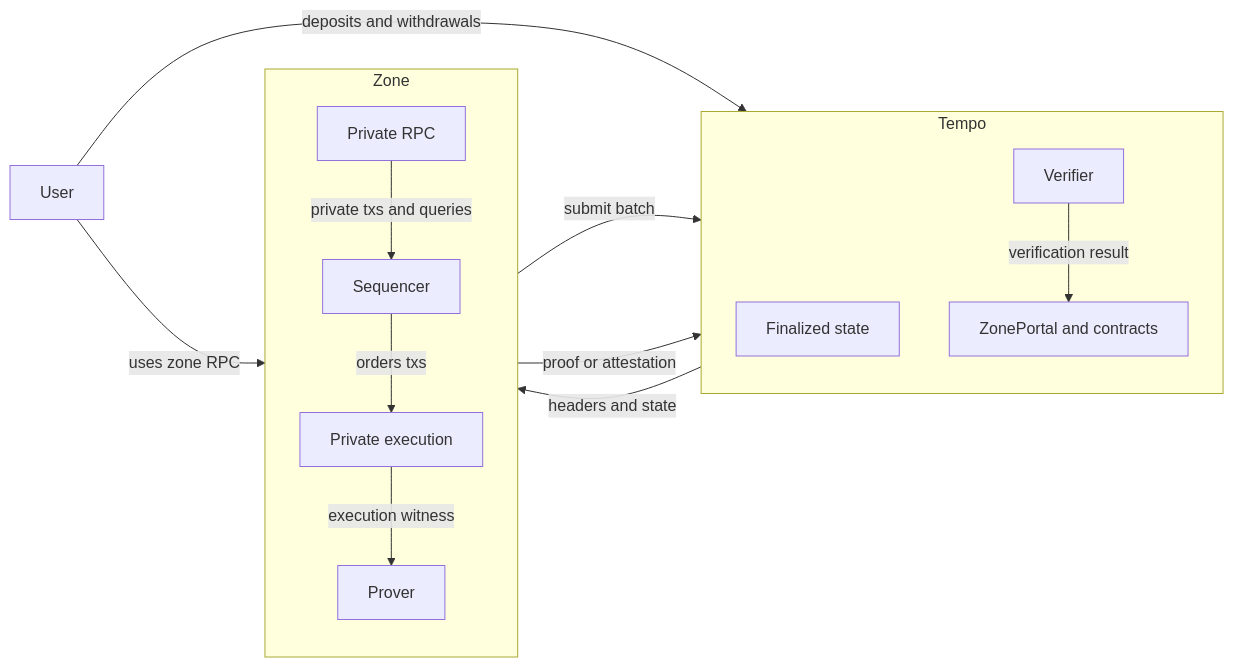
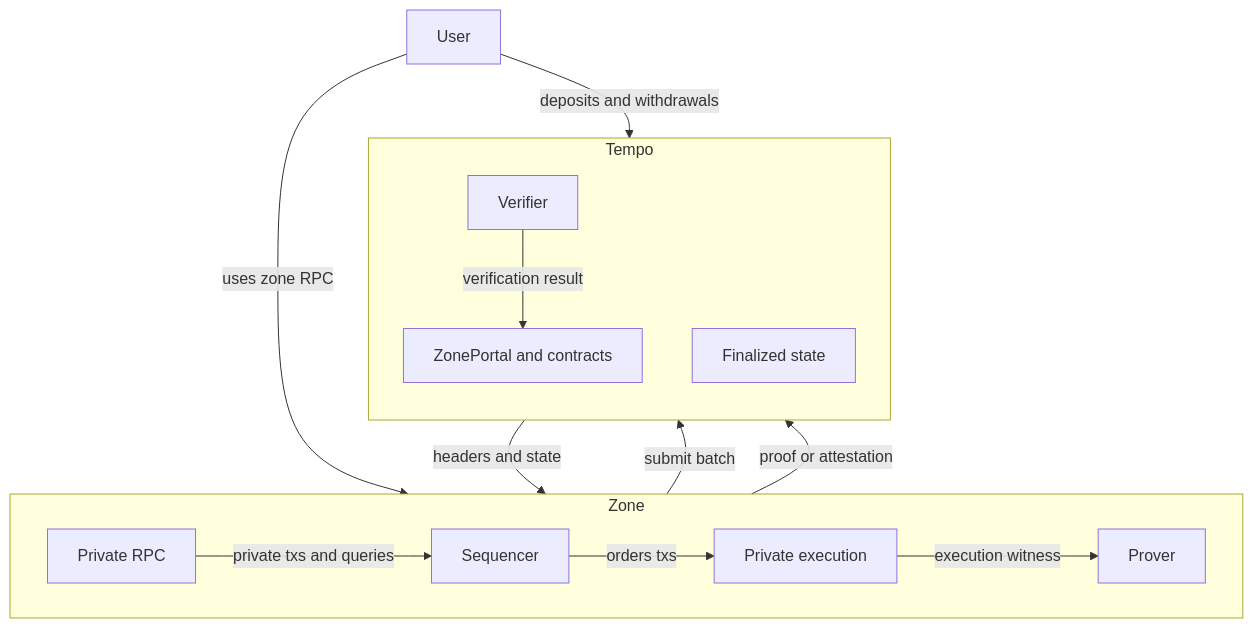
Before and after one commit to tempoxyz/zones: the first of 3 diagrams in docs/specs/privacy/overview.md, drawn with Mermaid.

Commit message:
docs: rebalance zones component layout
Switch the high-level system-components diagram to a top-down layout so the Tempo-side verifier and portal render in a more centered, readable position.

Made-with: Cursor

````diff
--- a/docs/specs/privacy/overview.md
+++ b/docs/specs/privacy/overview.md
@@ -40,29 +40,29 @@
 ```mermaid
-flowchart LR
+flowchart TB
     User["User"]
 
-    subgraph Tempo["Tempo"]
-        direction TB
-        TempoStateSrc["Finalized state"]
-        Verifier["Verifier"]
-        Portal["ZonePortal and contracts"]
-        Verifier -->|verification result| Portal
-    end
-
     subgraph Zone["Zone"]
-        direction TB
+        direction LR
         RPC["Private RPC"]
         Sequencer["Sequencer"]
         ZoneExec["Private execution"]
         Prover["Prover"]
         RPC -->|private txs and queries| Sequencer
         Sequencer -->|orders txs| ZoneExec
         ZoneExec -->|execution witness| Prover
     end
 
+    subgraph Tempo["Tempo"]
+        direction TB
+        Portal["ZonePortal and contracts"]
+        Verifier["Verifier"]
+        TempoStateSrc["Finalized state"]
+        Verifier -->|verification result| Portal
+    end
+
     User -->|uses zone RPC| RPC
     User -->|deposits and withdrawals| Portal
     TempoStateSrc -->|headers and state| Sequencer
     Sequencer -->|submit batch| Portal
     Prover -->|proof or attestation| Verifier
 ```
````
